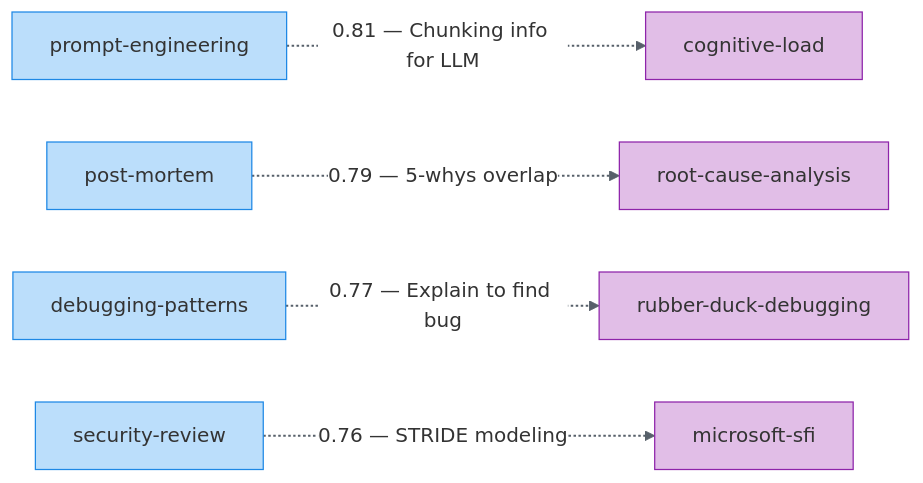
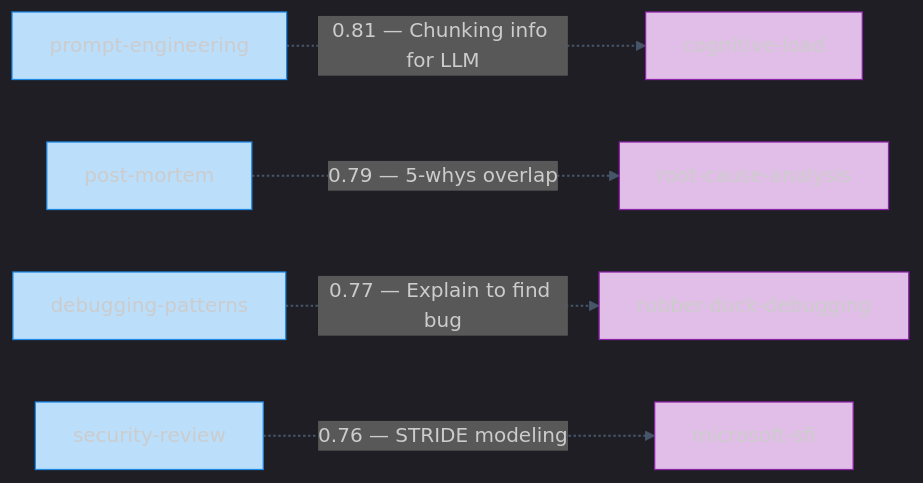
The tenth of 11 diagrams in alex_docs/architecture/SEMANTIC-SKILL-GRAPH.md (fabioc-aloha/Alex_Plug_In), drawn with Mermaid before and after one commit. The commit also changed other lines of this file and 13 other files, not shown here.

Commit message:
brand(M4.8-4.10): mermaid theme snippet + inject CorreaX theme into arch diagrams + standardize badge colors

````diff
--- a/alex_docs/architecture/SEMANTIC-SKILL-GRAPH.md
+++ b/alex_docs/architecture/SEMANTIC-SKILL-GRAPH.md
@@ -600,18 +601,18 @@
 ```mermaid
-%%{init: {'theme': 'base', 'themeVariables': { 'edgeLabelBackground':'#ffffff', 'lineColor': '#57606a' }}}%%
+%%{init: {'theme': 'dark', 'themeVariables': {'background': '#0f172a', 'primaryColor': '#1e293b', 'primaryTextColor': '#f1f5f9', 'primaryBorderColor': '#818cf8', 'lineColor': '#475569', 'secondaryColor': '#1e293b', 'secondaryBorderColor': '#2dd4bf', 'tertiaryColor': '#1e293b', 'fontFamily': 'Segoe UI, system-ui, sans-serif'}}}%%
 graph LR
     PE["prompt-engineering"] -.->|"0.81 — Chunking info for LLM"| CL["cognitive-load"]
     PM["post-mortem"] -.->|"0.79 — 5-whys overlap"| RCA["root-cause-analysis"]
     DP["debugging-patterns"] -.->|"0.77 — Explain to find bug"| RD["rubber-duck-debugging"]
     SR["security-review"] -.->|"0.76 — STRIDE modeling"| SFI["microsoft-sfi"]
 
     style PE fill:#bbdefb,stroke:#1e88e5
     style CL fill:#e1bee7,stroke:#8e24aa
     style PM fill:#bbdefb,stroke:#1e88e5
     style RCA fill:#e1bee7,stroke:#8e24aa
     style DP fill:#bbdefb,stroke:#1e88e5
     style RD fill:#e1bee7,stroke:#8e24aa
     style SR fill:#bbdefb,stroke:#1e88e5
     style SFI fill:#e1bee7,stroke:#8e24aa
-    linkStyle default stroke:#57606a,stroke-width:1.5px
+    linkStyle default stroke:#475569,stroke-width:1.5px
 ```
````
